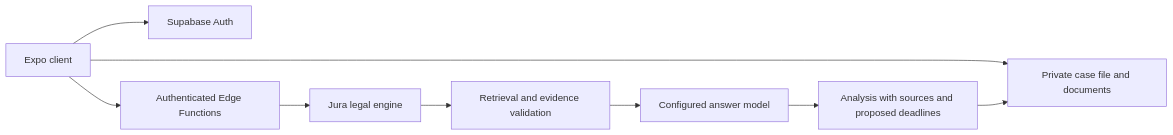
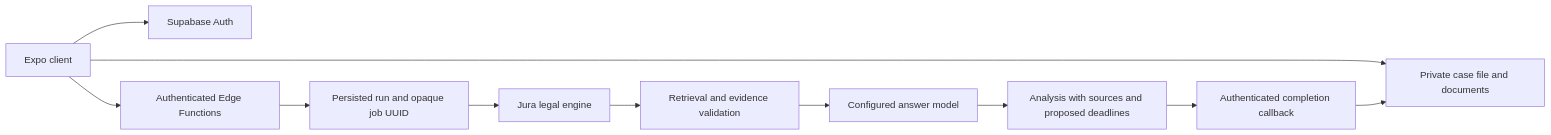
One commit to dreamtelligence/Recht-Papier changed the diagram in README.md. Above: the diagram before and after it, drawn with Mermaid. The commit also changed other lines of this file and 29 other files, not shown here.

Commit message:
Run case analysis as background jobs and add iOS walkthrough

````diff
--- a/README.md
+++ b/README.md
@@ -20,11 +33,13 @@
 ```mermaid
 flowchart LR
   App[Expo client] --> Auth[Supabase Auth]
   App --> Case[Private case file and documents]
   App --> Edge[Authenticated Edge Functions]
-  Edge --> Engine[Jura legal engine]
+  Edge --> Queue[Persisted run and opaque job UUID]
+  Queue --> Engine[Jura legal engine]
   Engine --> Retrieval[Retrieval and evidence validation]
   Retrieval --> Model[Configured answer model]
   Model --> Result[Analysis with sources and proposed deadlines]
-  Result --> Case
+  Result --> Callback[Authenticated completion callback]
+  Callback --> Case
 ```
````
